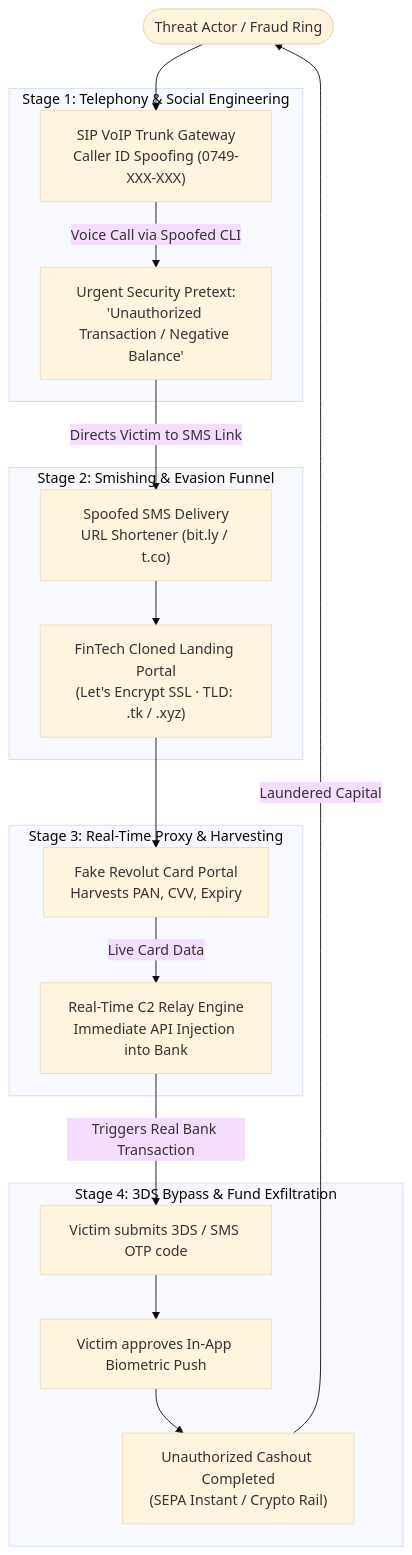
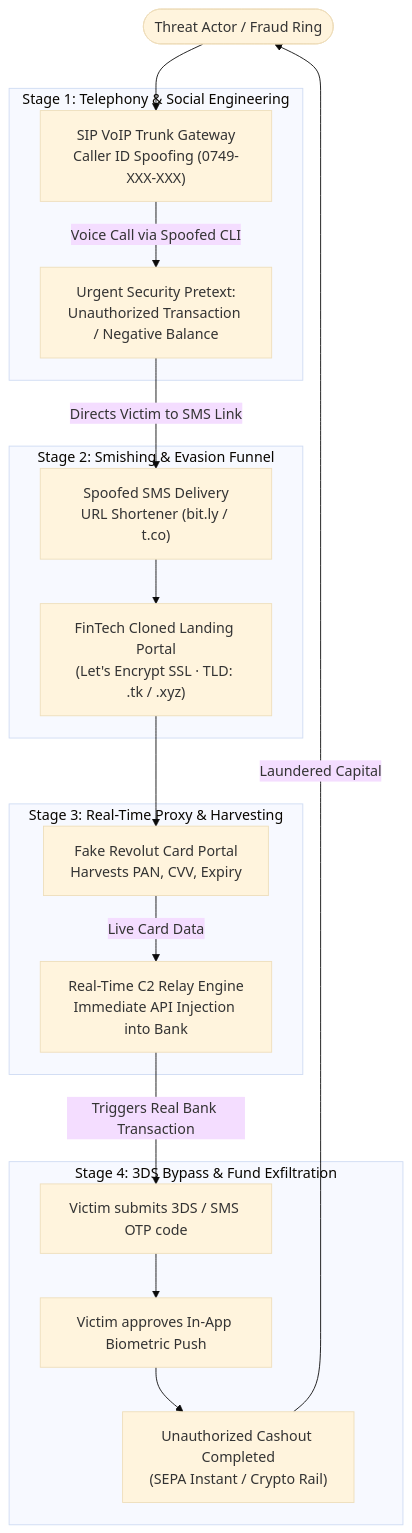
Before and after one commit to stefanutc1/datacenter: the diagram in cyber/revolut-vishing-forensics/case_study.md, drawn with Mermaid (base theme). The commit also changed 6 other files, not shown here.

First line of the commit message:
fix(docs): repair broken Mermaid diagram syntax across markdown files

````diff
--- a/cyber/revolut-vishing-forensics/case_study.md
+++ b/cyber/revolut-vishing-forensics/case_study.md
@@ -20,43 +20,36 @@
 ```mermaid
 flowchart TD
- Attacker([" Threat Actor / Fraud Ring"])
+    Attacker(["Threat Actor / Fraud Ring"])
 
- subgraph TELEPHONY["Stage 1: Telephony & Social Engineering"]
- VOIP["SIP VoIP Trunk Gateway
-Caller ID Spoofing (0749-XXX-XXX)"]
- PRETEXT["Urgent Security Pretext:
-'Unauthorized Transaction / Negative Balance'"]
- end
+    subgraph TELEPHONY["Stage 1: Telephony & Social Engineering"]
+        VOIP["SIP VoIP Trunk Gateway<br/>Caller ID Spoofing (0749-XXX-XXX)"]
+        PRETEXT["Urgent Security Pretext:<br/>Unauthorized Transaction / Negative Balance"]
+    end
 
- subgraph DELIVERY["Stage 2: Smishing & Evasion Funnel"]
- SMS["Spoofed SMS Delivery
-URL Shortener (bit.ly / t.co)"]
- CLONE["FinTech Cloned Landing Portal
-(Let's Encrypt SSL · TLD: .tk / .xyz)"]
- end
+    subgraph DELIVERY["Stage 2: Smishing & Evasion Funnel"]
+        SMS["Spoofed SMS Delivery<br/>URL Shortener (bit.ly / t.co)"]
+        CLONE["FinTech Cloned Landing Portal<br/>(Let's Encrypt SSL · TLD: .tk / .xyz)"]
+    end
 
- subgraph INTERCEPTION["Stage 3: Real-Time Proxy & Harvesting"]
- PORTAL["Fake Revolut Card Portal
-Harvests PAN, CVV, Expiry"]
- RELAY["Real-Time C2 Relay Engine
-Immediate API Injection into Bank"]
- end
+    subgraph INTERCEPTION["Stage 3: Real-Time Proxy & Harvesting"]
+        PORTAL["Fake Revolut Card Portal<br/>Harvests PAN, CVV, Expiry"]
+        RELAY["Real-Time C2 Relay Engine<br/>Immediate API Injection into Bank"]
+    end
 
- subgraph FRAUD["Stage 4: 3DS Bypass & Fund Exfiltration"]
- OTP["Victim submits 3DS / SMS OTP code"]
- APP_AUTH["Victim approves In-App Biometric Push"]
- CASHOUT["Unauthorized Cashout Completed
-(SEPA Instant / Crypto Rail)"]
- end
+    subgraph FRAUD["Stage 4: 3DS Bypass & Fund Exfiltration"]
+        OTP["Victim submits 3DS / SMS OTP code"]
+        APP_AUTH["Victim approves In-App Biometric Push"]
+        CASHOUT["Unauthorized Cashout Completed<br/>(SEPA Instant / Crypto Rail)"]
+    end
 
- Attacker --> VOIP
- VOIP -->|Voice Call via Spoofed CLI| PRETEXT
- PRETEXT -->|Directs Victim to SMS Link| SMS
- SMS --> CLONE
- CLONE --> PORTAL
- PORTAL -->|Live Card Data| RELAY
- RELAY -->|Triggers Real Bank Transaction| OTP
- OTP --> APP_AUTH
- APP_AUTH --> CASHOUT
- CASHOUT -->|Laundered Capital| Attacker
+    Attacker --> VOIP
+    VOIP -->|Voice Call via Spoofed CLI| PRETEXT
+    PRETEXT -->|Directs Victim to SMS Link| SMS
+    SMS --> CLONE
+    CLONE --> PORTAL
+    PORTAL -->|Live Card Data| RELAY
+    RELAY -->|Triggers Real Bank Transaction| OTP
+    OTP --> APP_AUTH
+    APP_AUTH --> CASHOUT
+    CASHOUT -->|Laundered Capital| Attacker
 ```
````
